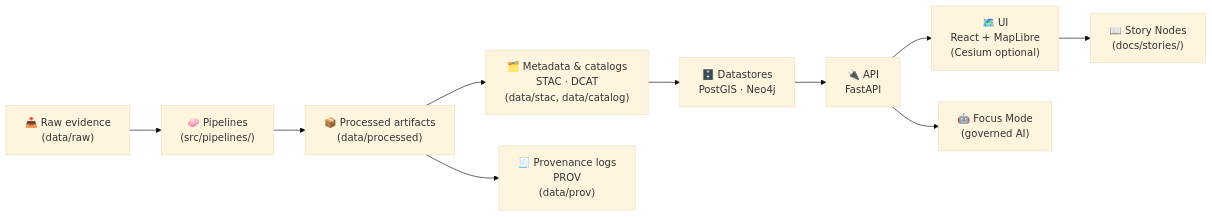
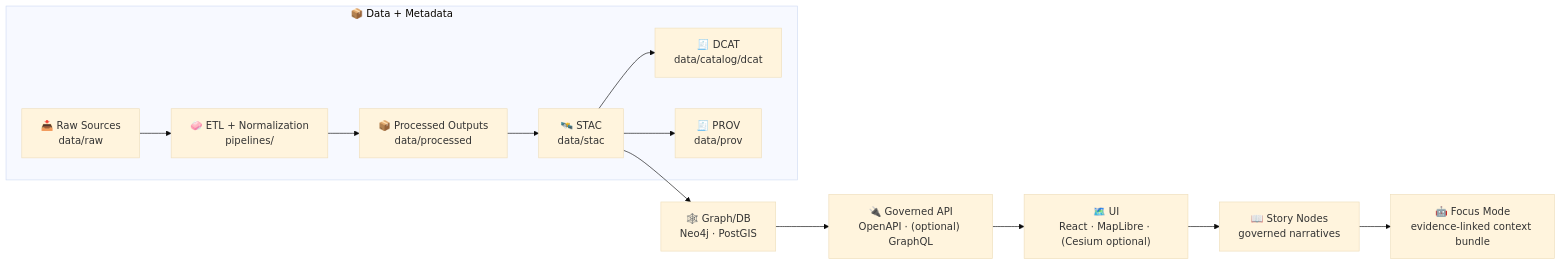
Before and after one commit to bartytime4life/Kansas-Frontier-Matrix: the diagram in .github/README.md, drawn with Mermaid (base theme). The commit also changed other lines of this file, not shown here.

````diff
--- a/.github/README.md
+++ b/.github/README.md
@@ -177,12 +138,16 @@
 ```mermaid
 flowchart LR
-  A["📥 Raw evidence<br/>(data/raw)"] --> B["🧼 Pipelines<br/>(src/pipelines/)"]
-  B --> C["📦 Processed artifacts<br/>(data/processed)"]
-  C --> D["🗂️ Metadata & catalogs<br/>STAC · DCAT<br/>(data/stac, data/catalog)"]
-  C --> E["🧾 Provenance logs<br/>PROV<br/>(data/prov)"]
-  D --> F["🗄️ Datastores<br/>PostGIS · Neo4j"]
-  F --> G["🔌 API<br/>FastAPI"]
-  G --> H["🗺️ UI<br/>React + MapLibre<br/>(Cesium optional)"]
-  G --> I["🤖 Focus Mode<br/>(governed AI)"]
-  H --> J["📖 Story Nodes<br/>(docs/stories/)"]
+  subgraph Data["📦 Data + Metadata"]
+    A["📥 Raw Sources<br/>data/raw"] --> B["🧼 ETL + Normalization<br/>pipelines/"]
+    B --> C["📦 Processed Outputs<br/>data/processed"]
+    C --> S["🛰️ STAC<br/>data/stac"]
+    S --> D["🧾 DCAT<br/>data/catalog/dcat"]
+    S --> P["🧾 PROV<br/>data/prov"]
+  end
+
+  S --> G["🕸️ Graph/DB<br/>Neo4j · PostGIS"]
+  G --> H["🔌 Governed API<br/>OpenAPI · (optional) GraphQL"]
+  H --> I["🗺️ UI<br/>React · MapLibre · (Cesium optional)"]
+  I --> J["📖 Story Nodes<br/>governed narratives"]
+  J --> K["🤖 Focus Mode<br/>evidence-linked context bundle"]
 ```
````
